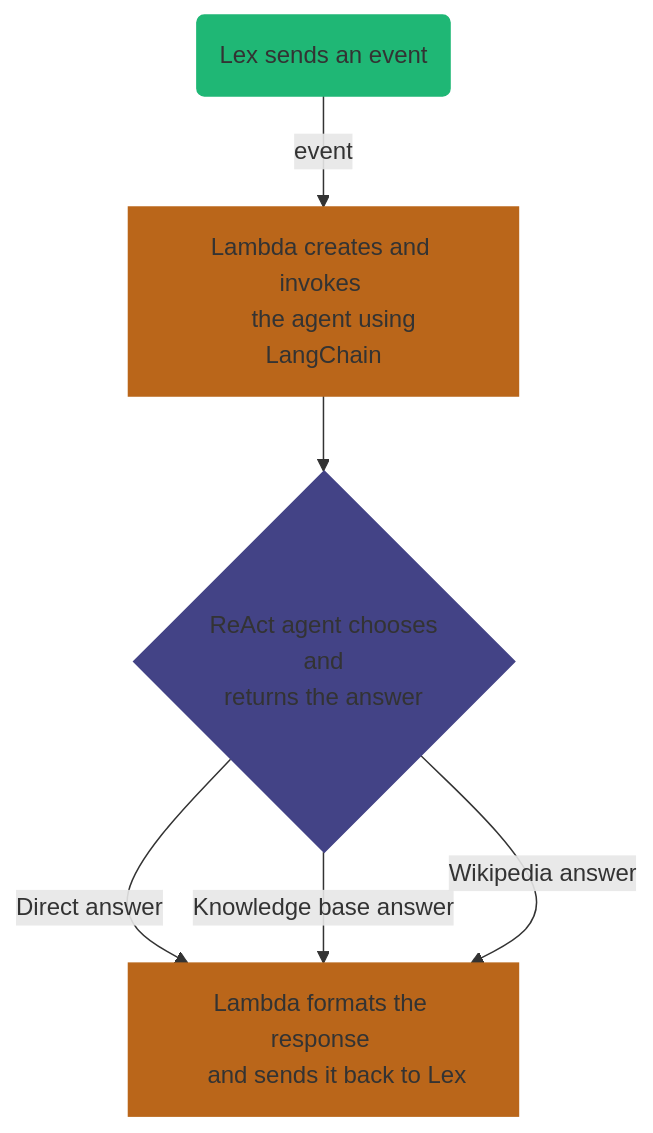
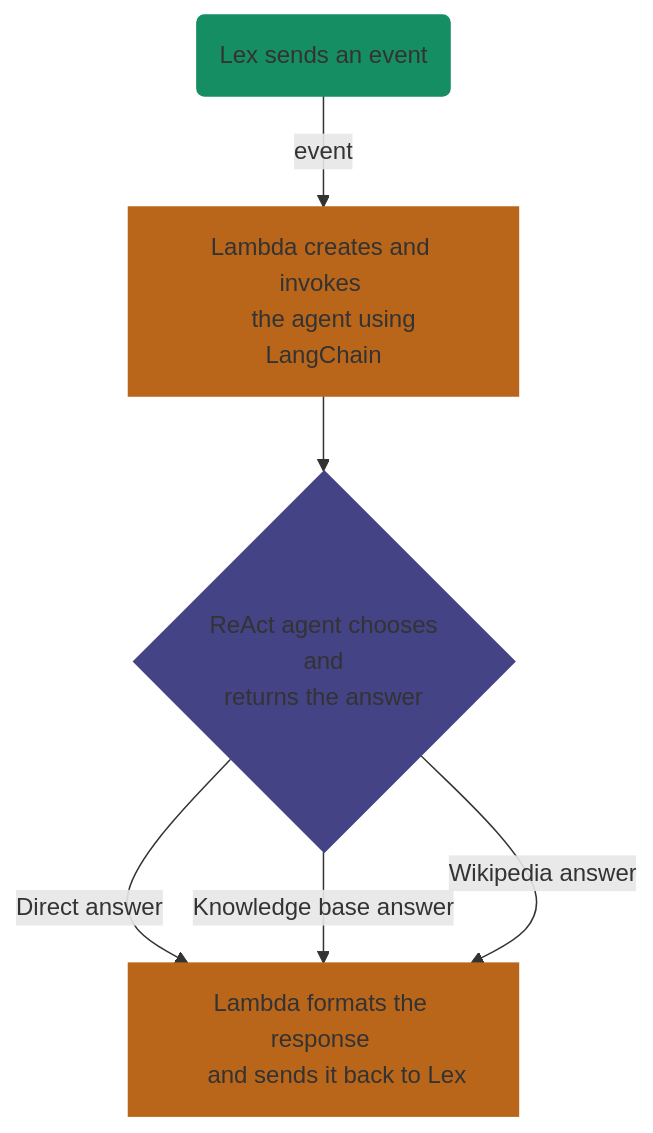
Before and after one commit to 565059/ai-chatbot-aws: the diagram in README.md, drawn with Mermaid.

````diff
--- a/README.md
+++ b/README.md
@@ -80,17 +80,17 @@
 ```mermaid
 flowchart TD
     A(Lex sends an event) -->|event| B["Lambda creates and invokes 
     the agent using LangChain"]
     B --> C{"ReAct agent chooses
      and 
      returns the answer"}
     C -->|Direct answer| D["Lambda formats the response 
     and sends it back to Lex"]
     C -->|Knowledge base answer| D
     C -->|Wikipedia answer| D
 
-    style A stroke:#1FB775, fill:#1FB775
+    style A stroke:#168E64, fill:#168E64
     style B stroke:#BA661A, fill:#BA661A
     style C stroke:#434386, fill:#434386
     style D stroke:#BA661A, fill:#BA661A
 ```
````
